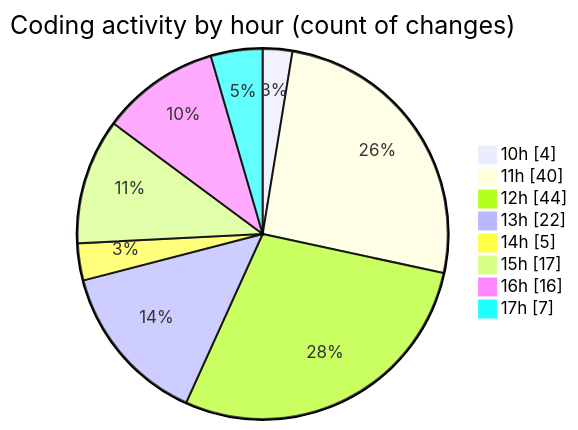
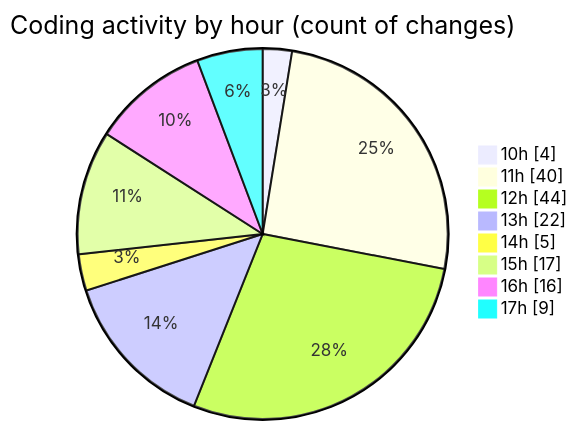
Before and after one commit to nxtqubesakshisongat/code-tracking: the second of 2 diagrams in 2025-07-28/nxtqube_webapp/README.md, drawn with Mermaid. The commit also changed other lines of this file and 1 other file, not shown here.

````diff
--- a/2025-07-28/nxtqube_webapp/README.md
+++ b/2025-07-28/nxtqube_webapp/README.md
@@ -56,12 +56,12 @@
 ```mermaid
 pie showData
 title Coding activity by hour (count of changes)
 "10h" : 4
 "11h" : 40
 "12h" : 44
 "13h" : 22
 "14h" : 5
 "15h" : 17
 "16h" : 16
-"17h" : 7
+"17h" : 9
 ```
````
